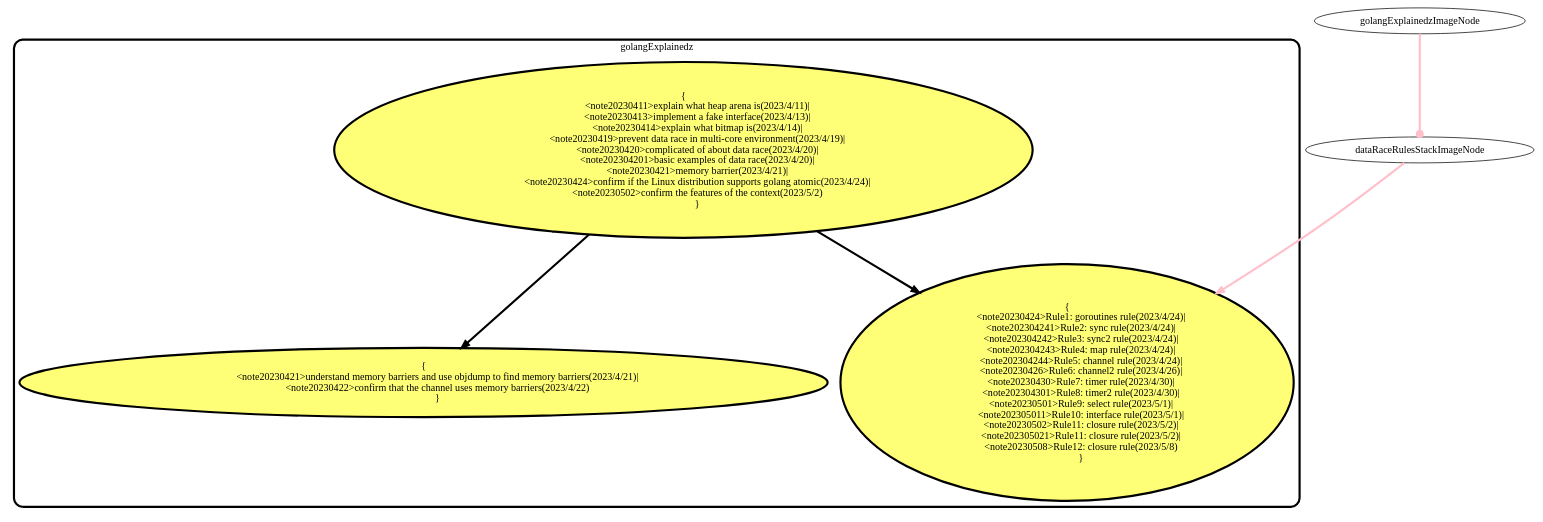
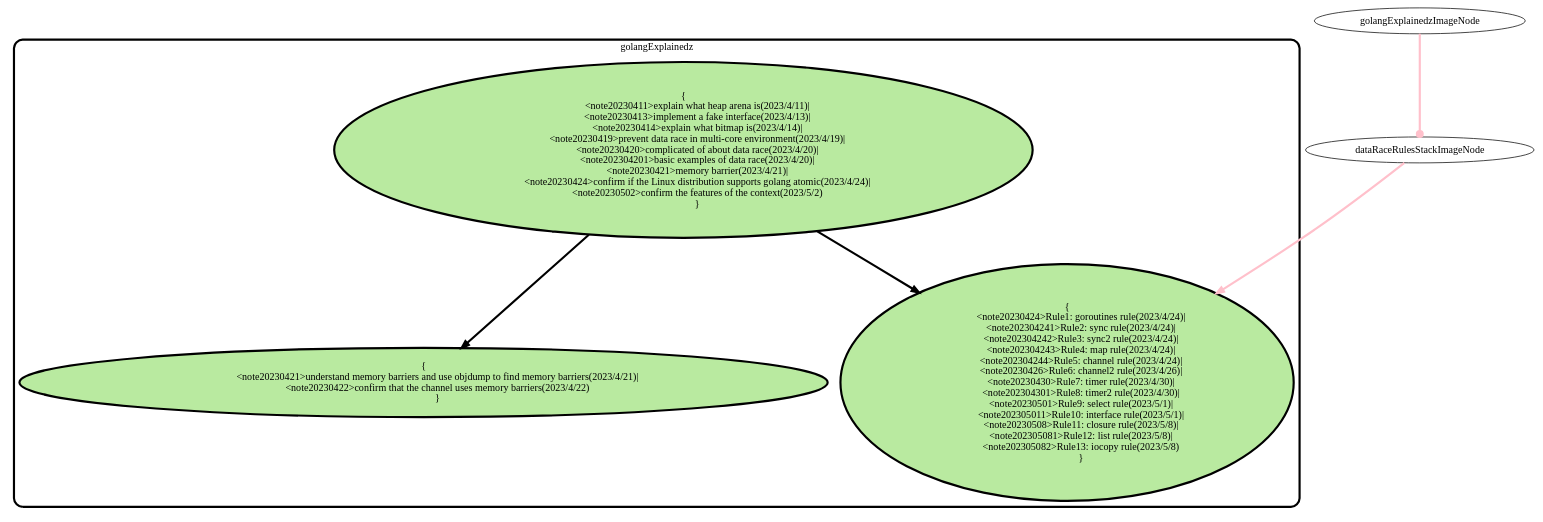
Before and after one commit to panhongrainbow/panhongrainbow.github.io: the diagram in roadmap/subRoadmaps/07golangNode.dot, drawn with Graphviz. The commit also changed 5 other files, not shown here.

First line of the commit message:
[roadmap] records work on May 10, 2023.

```diff
--- a/roadmap/subRoadmaps/07golangNode.dot
+++ b/roadmap/subRoadmaps/07golangNode.dot
@@ -1,44 +1,44 @@
 digraph SubRoadmap {
     // (7) golang node
     subgraph cluster_golang_explain {
         style=rounded;
         penwidth=3;
         label="golangExplainedz";
-        node [style=filled, penwidth=3, fillcolor="#FFFF77"];
+        node [style=filled, penwidth=3, fillcolor="#B9EAA0"];
         golangExplainStack [label="{
             <note20230411>explain what heap arena is(2023/4/11)|
             <note20230413>implement a fake interface(2023/4/13)|
             <note20230414>explain what bitmap is(2023/4/14)|
             <note20230419>prevent data race in multi-core environment(2023/4/19)|
             <note20230420>complicated of about data race(2023/4/20)|
             <note202304201>basic examples of data race(2023/4/20)|
             <note20230421>memory barrier(2023/4/21)|
             <note20230424>confirm if the Linux distribution supports golang atomic(2023/4/24)|
             <note20230502>confirm the features of the context(2023/5/2)
             }", height=1];
         memoryBarrieStack [label="{
             <note20230421>understand memory barriers and use objdump to find memory barriers(2023/4/21)|
             <note20230422>confirm that the channel uses memory barriers(2023/4/22)
             }", height=1];
         dataRaceRulesStack [label="{
             <note20230424>Rule1: goroutines rule(2023/4/24)|
             <note202304241>Rule2: sync rule(2023/4/24)|
             <note202304242>Rule3: sync2 rule(2023/4/24)|
             <note202304243>Rule4: map rule(2023/4/24)|
             <note202304244>Rule5: channel rule(2023/4/24)|
             <note20230426>Rule6: channel2 rule(2023/4/26)|
             <note20230430>Rule7: timer rule(2023/4/30)|
             <note202304301>Rule8: timer2 rule(2023/4/30)|
             <note20230501>Rule9: select rule(2023/5/1)|
             <note202305011>Rule10: interface rule(2023/5/1)|
-            <note20230502>Rule11: closure rule(2023/5/2)|
-            <note202305021>Rule11: closure rule(2023/5/2)|
-            <note20230508>Rule12: closure rule(2023/5/8)
+            <note20230508>Rule11: closure rule(2023/5/8)|
+            <note202305081>Rule12: list rule(2023/5/8)|
+            <note202305082>Rule13: iocopy rule(2023/5/8)
             }", height=1];
     }
 
     golangExplainedzImageNode -> dataRaceRulesStackImageNode  [penwidth=3,color=pink,arrowhead=dot];
     dataRaceRulesStackImageNode -> dataRaceRulesStack [penwidth=3,color=pink];
     golangExplainStack:note20230420 -> dataRaceRulesStack [penwidth=3];
     golangExplainStack:note20230421 -> memoryBarrieStack [penwidth=3];
 /*end*/}
```
